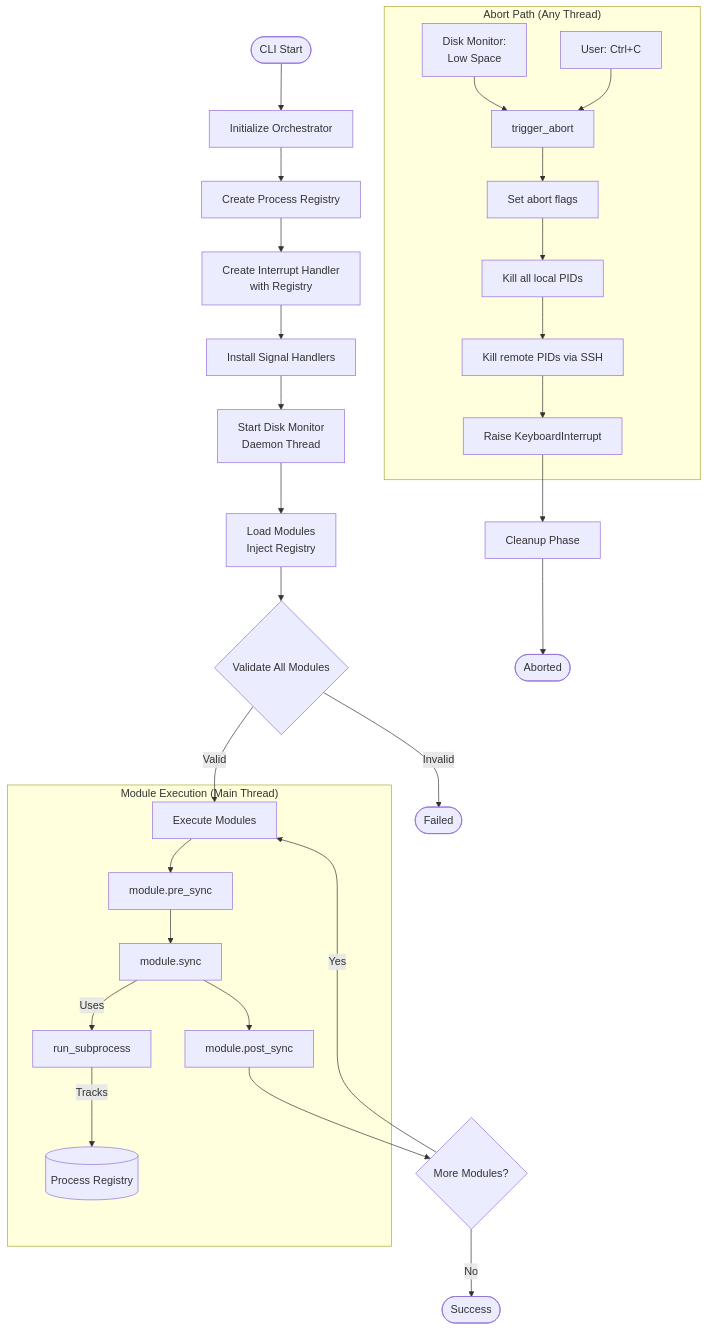
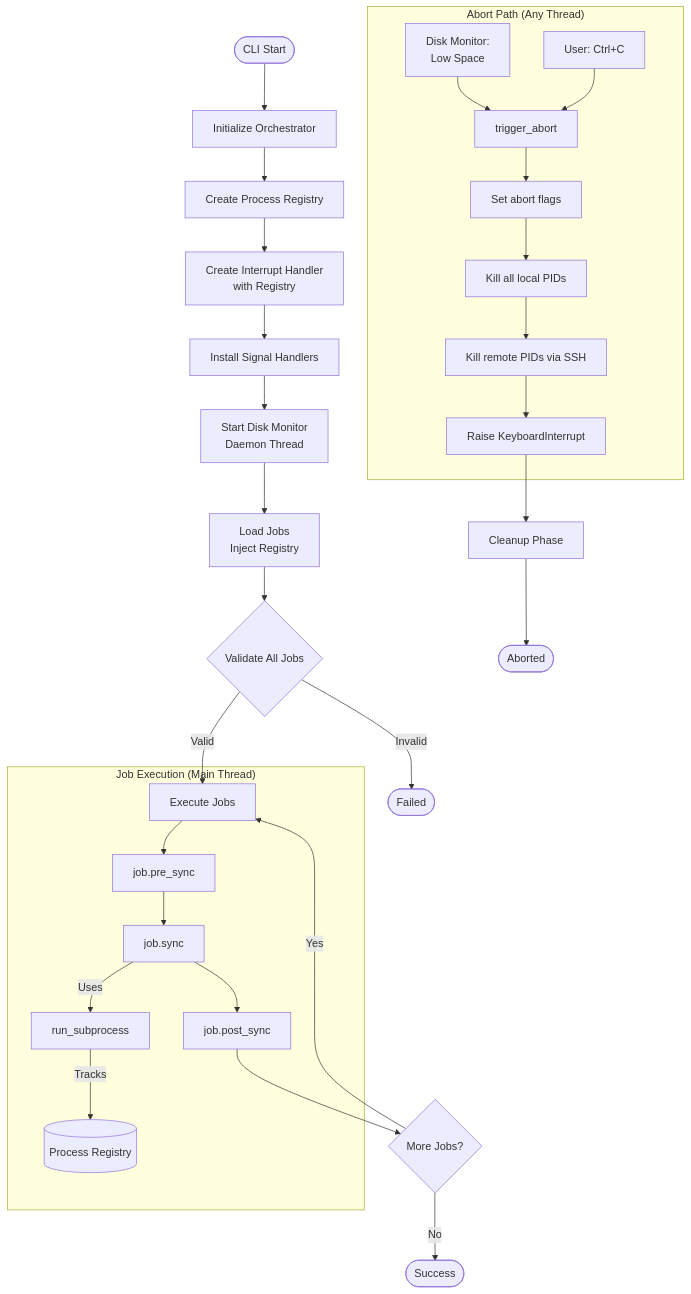
The eighth of 8 diagrams in docs/adr/considerations/async-vs-sync-concurrency-analysis.md (flaksit/pc-switcher), drawn with Mermaid before and after one commit. The commit also changed other lines of this file and 39 other files, not shown here.

Commit message:
rename Module to Job

````diff
--- a/docs/adr/considerations/async-vs-sync-concurrency-analysis.md
+++ b/docs/adr/considerations/async-vs-sync-concurrency-analysis.md
@@ -1148,39 +1148,39 @@
 ```mermaid
 flowchart TD
     Start([CLI Start]) --> Init[Initialize Orchestrator]
     Init --> CreateReg[Create Process Registry]
     CreateReg --> CreateIH[Create Interrupt Handler<br/>with Registry]
     CreateIH --> InstallSig[Install Signal Handlers]
     InstallSig --> StartDM[Start Disk Monitor<br/>Daemon Thread]
 
-    StartDM --> LoadMod[Load Modules<br/>Inject Registry]
-    LoadMod --> Validate{Validate All Modules}
+    StartDM --> LoadMod[Load Jobs<br/>Inject Registry]
+    LoadMod --> Validate{Validate All Jobs}
 
-    Validate --> |Valid| Execute[Execute Modules]
+    Validate --> |Valid| Execute[Execute Jobs]
 
-    subgraph ModuleExec["Module Execution (Main Thread)"]
-        Execute --> PreSync[module.pre_sync]
-        PreSync --> Sync[module.sync]
+    subgraph JobExec["Job Execution (Main Thread)"]
+        Execute --> PreSync[job.pre_sync]
+        PreSync --> Sync[job.sync]
         Sync --> |Uses| RunSub[run_subprocess]
         RunSub --> |Tracks| Registry[(Process Registry)]
-        Sync --> PostSync[module.post_sync]
+        Sync --> PostSync[job.post_sync]
     end
 
-    PostSync --> NextMod{More Modules?}
+    PostSync --> NextMod{More Jobs?}
     NextMod --> |Yes| Execute
     NextMod --> |No| Complete([Success])
 
     subgraph AbortPath["Abort Path (Any Thread)"]
         DiskLow[Disk Monitor:<br/>Low Space] --> TriggerAbort
         UserCtrlC[User: Ctrl+C] --> TriggerAbort
         TriggerAbort[trigger_abort] --> SetFlags[Set abort flags]
         SetFlags --> KillLocal[Kill all local PIDs]
         KillLocal --> KillRemote[Kill remote PIDs via SSH]
         KillRemote --> RaiseKBI[Raise KeyboardInterrupt]
     end
 
     RaiseKBI --> Cleanup[Cleanup Phase]
     Cleanup --> Abort([Aborted])
 
     Validate --> |Invalid| Fail([Failed])
 ```
````
